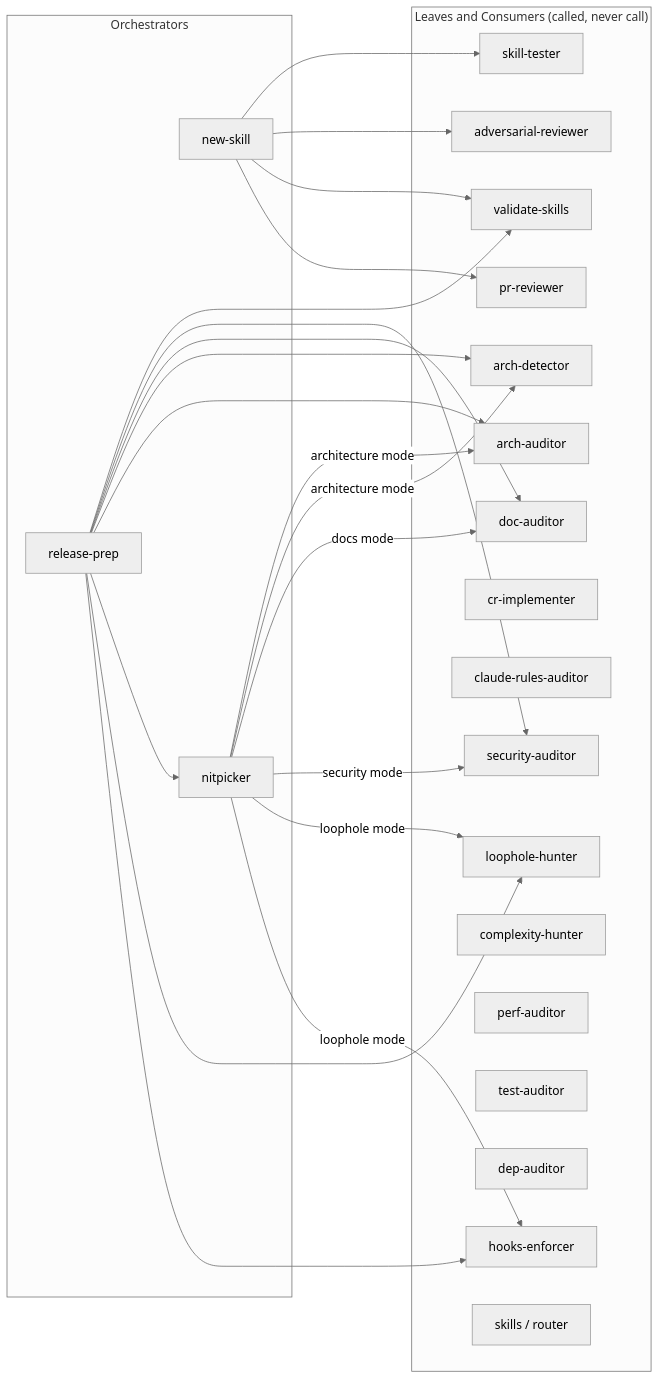
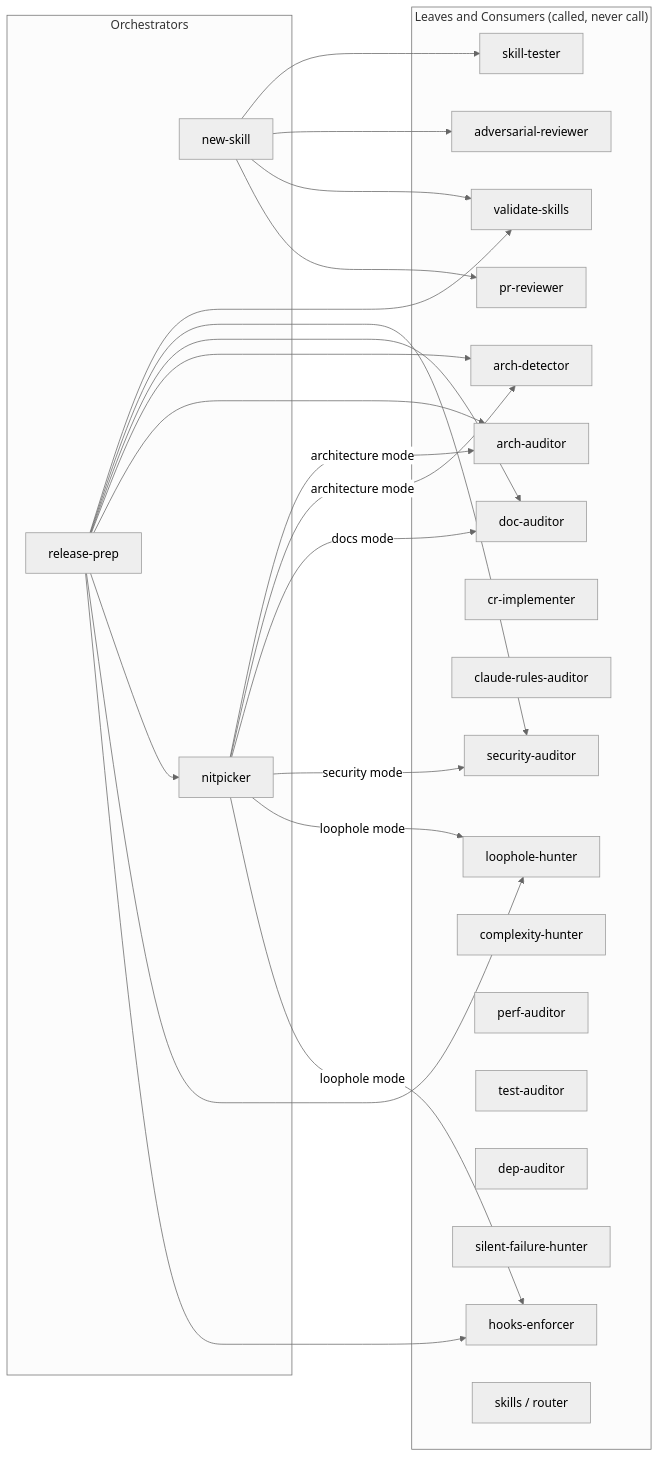
Before and after one commit to ivuorinen/skills: the sixth of 6 diagrams in .claude/skills/README.md, drawn with Mermaid (neutral theme). The commit also changed other lines of this file and 6 other files, not shown here.

First line of the commit message:
feat: add silent-failure-hunter skill (#35)

````diff
--- a/.claude/skills/README.md
+++ b/.claude/skills/README.md
@@ -308,49 +315,50 @@
 ```mermaid
 graph LR
     subgraph orchestrators["Orchestrators"]
         NS[new-skill]
         RP[release-prep]
         NP[nitpicker]
     end
 
     subgraph leaves["Leaves and Consumers (called, never call)"]
         AR[adversarial-reviewer]
         VS[validate-skills]
         AD[arch-detector]
         AA[arch-auditor]
         DA[doc-auditor]
         PR[pr-reviewer]
         SA[security-auditor]
         CRI[cr-implementer]
         CRA[claude-rules-auditor]
         LH[loophole-hunter]
         HE[hooks-enforcer]
         CH[complexity-hunter]
         PA[perf-auditor]
         TA[test-auditor]
         DEP[dep-auditor]
+        SFH[silent-failure-hunter]
         ST[skill-tester]
         SK[skills / router]
     end
 
     NS --> ST
     NS --> AR
     NS --> VS
     NS --> PR
 
     RP --> VS
     RP --> SA
     RP --> DA
     RP --> AD
     RP --> AA
     RP --> NP
     RP --> LH
     RP --> HE
 
     NP -->|architecture mode| AA
     NP -->|architecture mode| AD
     NP -->|docs mode| DA
     NP -->|security mode| SA
     NP -->|loophole mode| LH
     NP -->|loophole mode| HE
 ```
````
